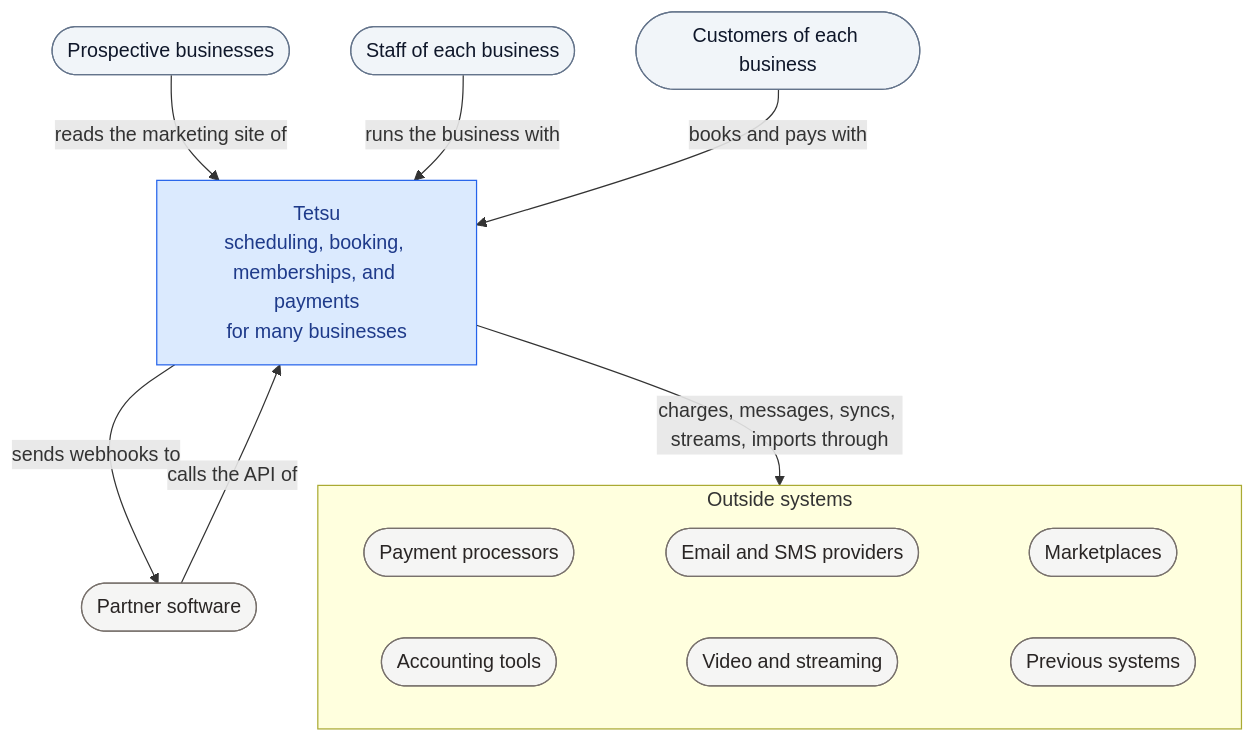
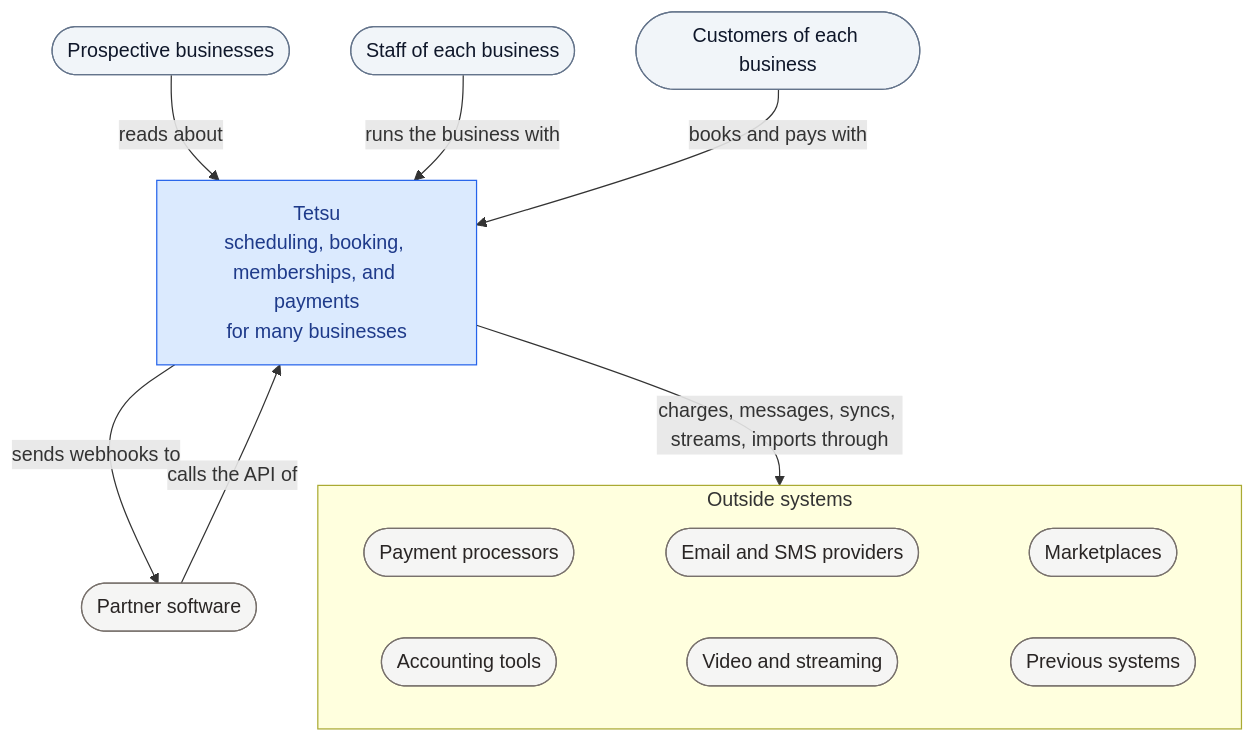
Before and after one commit to heavymedl-labs/tetsu: the first of 7 diagrams in ARCHITECTURE.md, drawn with Mermaid. The commit also changed other lines of this file, not shown here.

First line of the commit message:
docs(architecture): describe the simple page about Tetsu

````diff
--- a/ARCHITECTURE.md
+++ b/ARCHITECTURE.md
@@ -34,31 +34,31 @@
 ```mermaid
 flowchart TB
     accTitle: System context
-    accDescr: Many businesses share Tetsu. Each business's staff run it with Tetsu and its customers book and pay with it. Prospective businesses read Tetsu's marketing site. Partner software calls Tetsu's API and receives its webhooks. Tetsu charges, messages, syncs, streams, and imports through outside systems: payment processors, email and SMS providers, marketplaces, accounting tools, video and streaming, and previous systems.
+    accDescr: Many businesses share Tetsu. Each business's staff run it with Tetsu and its customers book and pay with it. Prospective businesses read about Tetsu. Partner software calls Tetsu's API and receives its webhooks. Tetsu charges, messages, syncs, streams, and imports through outside systems: payment processors, email and SMS providers, marketplaces, accounting tools, video and streaming, and previous systems.
 
     prospects([Prospective businesses])
     staff([Staff of each business])
     customers([Customers of each business])
 
     tetsu["Tetsu<br/>scheduling, booking, memberships, and payments<br/>for many businesses"]
 
     partners([Partner software])
     subgraph outside[Outside systems]
         processors([Payment processors]) ~~~ messaging([Email and SMS providers]) ~~~ marketplaces([Marketplaces])
         accounting([Accounting tools]) ~~~ video([Video and streaming]) ~~~ previous([Previous systems])
     end
 
-    prospects -- reads the marketing site of --> tetsu
+    prospects -- reads about --> tetsu
     staff -- runs the business with --> tetsu
     customers -- books and pays with --> tetsu
     partners -- calls the API of --> tetsu
     tetsu -- sends webhooks to --> partners
     tetsu -- charges, messages, syncs, streams, imports through --> outside
 
     classDef actor fill:#f1f5f9,stroke:#64748b,color:#0f172a
     classDef ours fill:#dbeafe,stroke:#2563eb,color:#1e3a8a
     classDef external fill:#f5f5f4,stroke:#78716c,color:#292524
     class prospects,staff,customers actor
     class tetsu ours
     class partners,processors,messaging,marketplaces,accounting,video,previous external
 ```
````
